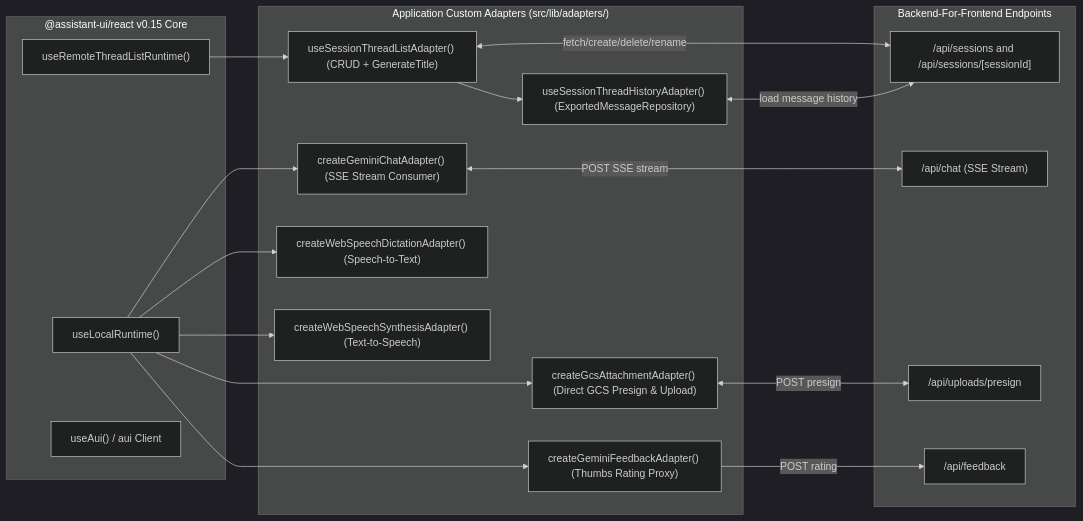
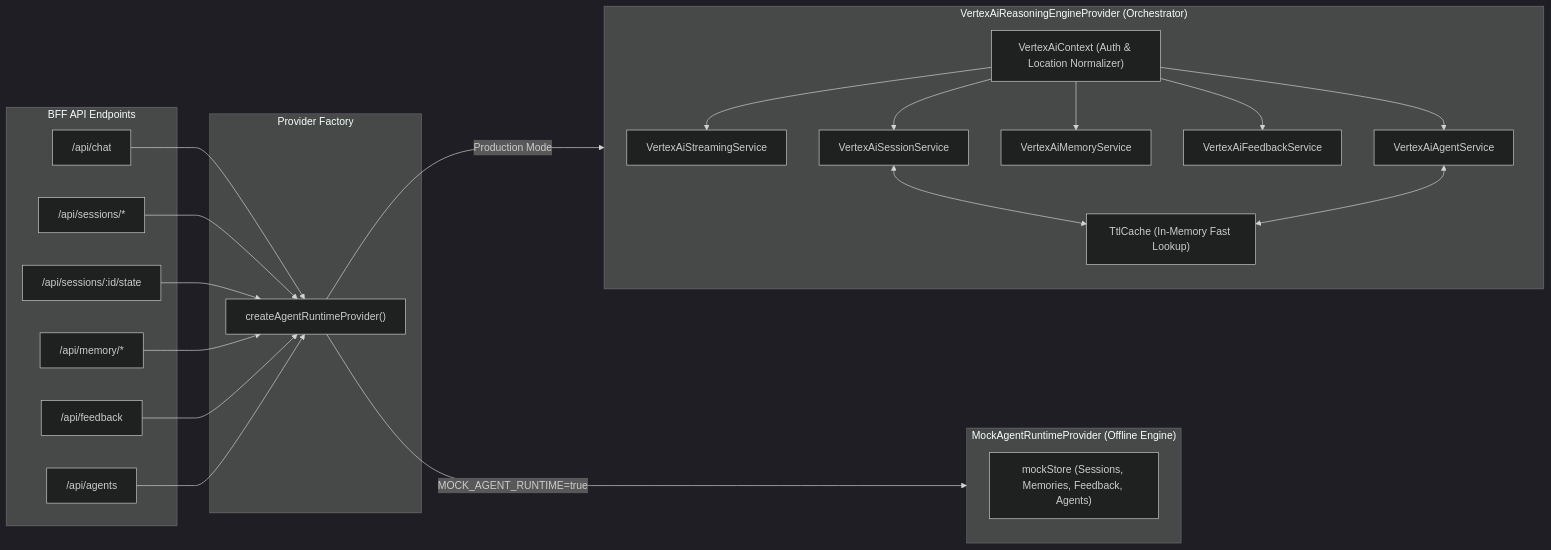
Before and after one commit to mblanc/agent-runtime-ui: the third of 5 diagrams in docs/architecture.md, drawn with Mermaid (dark theme). The commit also changed other lines of this file and 10 other files, not shown here.

First line of the commit message:
fix(security,api): enforce ownership on memory generate and feedback routes, harden stream and session caching

````diff
--- a/docs/architecture.md
+++ b/docs/architecture.md
@@ -205,40 +269,47 @@
 ```mermaid
 flowchart LR
-    subgraph ReactRuntime["@assistant-ui/react v0.15 Core"]
-        RTLR["useRemoteThreadListRuntime()"]
-        LOCAL["useLocalRuntime()"]
-        AUI_STORE["useAui() / aui Client"]
+    subgraph BFF_Entrypoint["BFF API Endpoints"]
+        API_CHAT["/api/chat"]
+        API_SESS["/api/sessions/*"]
+        API_STATE["/api/sessions/:id/state"]
+        API_MEM["/api/memory/*"]
+        API_FEED["/api/feedback"]
+        API_AGENT["/api/agents"]
     end
 
-    subgraph CustomAdapters["Application Custom Adapters (src/lib/adapters/)"]
-        SESSION_ADAPTER["useSessionThreadListAdapter() (CRUD + GenerateTitle)"]
-        HISTORY_ADAPTER["useSessionThreadHistoryAdapter() (ExportedMessageRepository)"]
-        CHAT_ADAPTER["createGeminiChatAdapter() (SSE Stream Consumer)"]
-        ATTACH_ADAPTER["createGcsAttachmentAdapter() (Direct GCS Presign & Upload)"]
-        FEED_ADAPTER["createGeminiFeedbackAdapter() (Thumbs Rating Proxy)"]
-        SPEECH_DICT["createWebSpeechDictationAdapter() (Speech-to-Text)"]
-        SPEECH_SYNTH["createWebSpeechSynthesisAdapter() (Text-to-Speech)"]
+    subgraph Factory["Provider Factory"]
+        FACTORY_FN["createAgentRuntimeProvider()"]
     end
 
-    subgraph BackendAPI["Backend-For-Frontend Endpoints"]
-        API_SESS["/api/sessions and /api/sessions/[sessionId]"]
-        API_CHAT["/api/chat (SSE Stream)"]
-        API_UP["/api/uploads/presign"]
-        API_FEED["/api/feedback"]
+    subgraph Provider["VertexAiReasoningEngineProvider (Orchestrator)"]
+        CTX["VertexAiContext (Auth & Location Normalizer)"]
+        S_STREAM["VertexAiStreamingService"]
+        S_SESS["VertexAiSessionService"]
+        S_MEM["VertexAiMemoryService"]
+        S_FEED["VertexAiFeedbackService"]
+        S_AGENT["VertexAiAgentService"]
+        CACHE["TtlCache (In-Memory Fast Lookup)"]
     end
 
-    RTLR --> SESSION_ADAPTER
-    SESSION_ADAPTER --> HISTORY_ADAPTER
-    SESSION_ADAPTER <-->|"fetch/create/delete/rename"| API_SESS
-    HISTORY_ADAPTER <-->|"load message history"| API_SESS
+    subgraph MockProvider["MockAgentRuntimeProvider (Offline Engine)"]
+        MOCK_STORE["mockStore (Sessions, Memories, Feedback, Agents)"]
+    end
 
-    LOCAL --> CHAT_ADAPTER
-    LOCAL --> ATTACH_ADAPTER
-    LOCAL --> FEED_ADAPTER
-    LOCAL --> SPEECH_DICT
-    LOCAL --> SPEECH_SYNTH
+    API_CHAT --> FACTORY_FN
+    API_SESS --> FACTORY_FN
+    API_STATE --> FACTORY_FN
+    API_MEM --> FACTORY_FN
+    API_FEED --> FACTORY_FN
+    API_AGENT --> FACTORY_FN
 
-    CHAT_ADAPTER <-->|"POST SSE stream"| API_CHAT
-    ATTACH_ADAPTER <-->|"POST presign"| API_UP
-    FEED_ADAPTER -->|"POST rating"| API_FEED
+    FACTORY_FN -->|"Production Mode"| Provider
+    FACTORY_FN -->|"MOCK_AGENT_RUNTIME=true"| MockProvider
+
+    CTX --> S_STREAM
+    CTX --> S_SESS
+    CTX --> S_MEM
+    CTX --> S_FEED
+    CTX --> S_AGENT
+    S_SESS <--> CACHE
+    S_AGENT <--> CACHE
 ```
````
